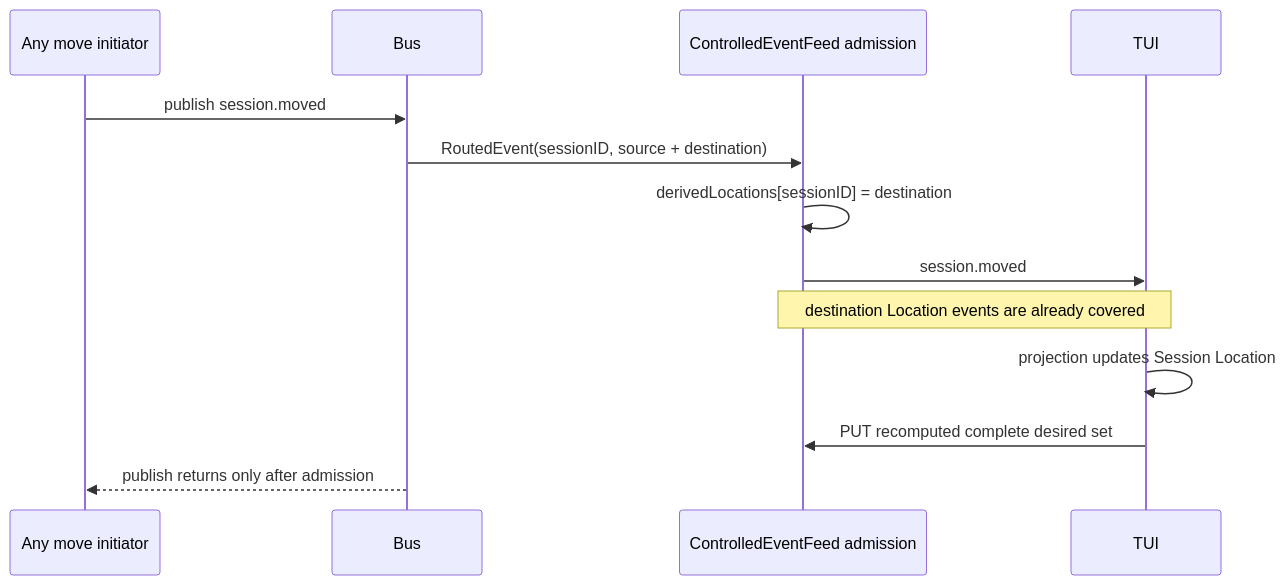
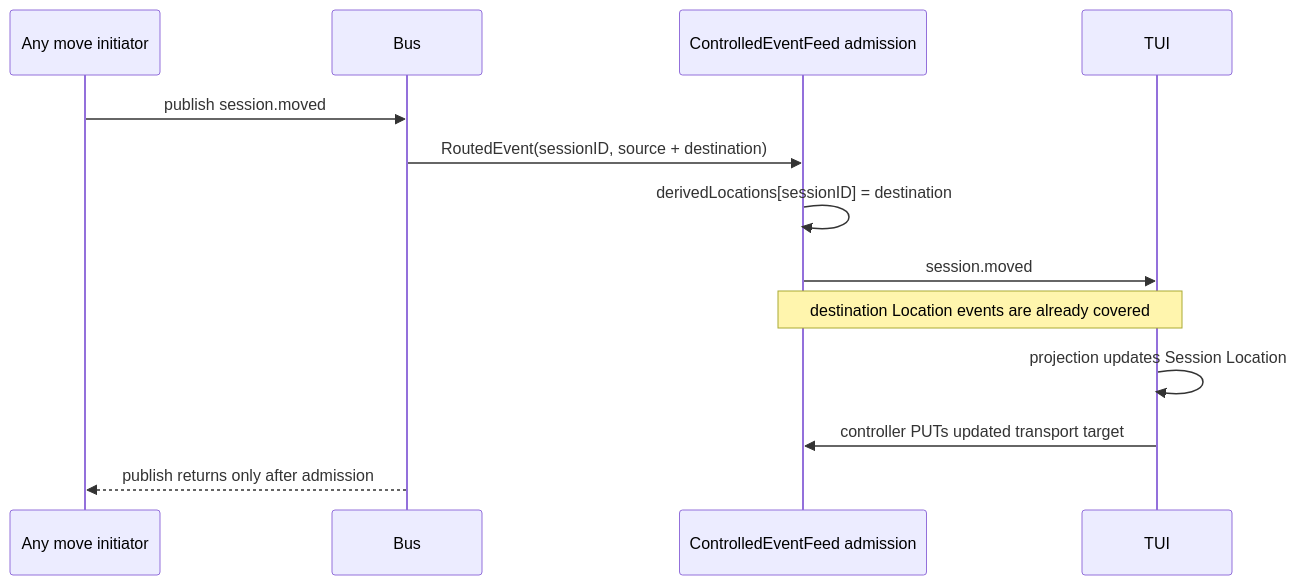
The second of 2 diagrams in .design/bus-smart/draft0.gpt56s.md (rektide/opencode), drawn with Mermaid before and after one commit. The commit also changed other lines of this file, not shown here.

Commit message:
docs(design): resolve controlled feed activation

````diff
--- a/.design/bus-smart/draft0.gpt56s.md
+++ b/.design/bus-smart/draft0.gpt56s.md
@@ -652,16 +735,16 @@
 ```mermaid
 sequenceDiagram
     participant Initiator as Any move initiator
     participant Bus
     participant Feed as ControlledEventFeed admission
     participant TUI
 
     Initiator->>Bus: publish session.moved
     Bus->>Feed: RoutedEvent(sessionID, source + destination)
     Feed->>Feed: derivedLocations[sessionID] = destination
     Feed->>TUI: session.moved
     Note over Feed,TUI: destination Location events are already covered
     TUI->>TUI: projection updates Session Location
-    TUI->>Feed: PUT recomputed complete desired set
+    TUI->>Feed: controller PUTs updated transport target
     Bus-->>Initiator: publish returns only after admission
 ```
````
